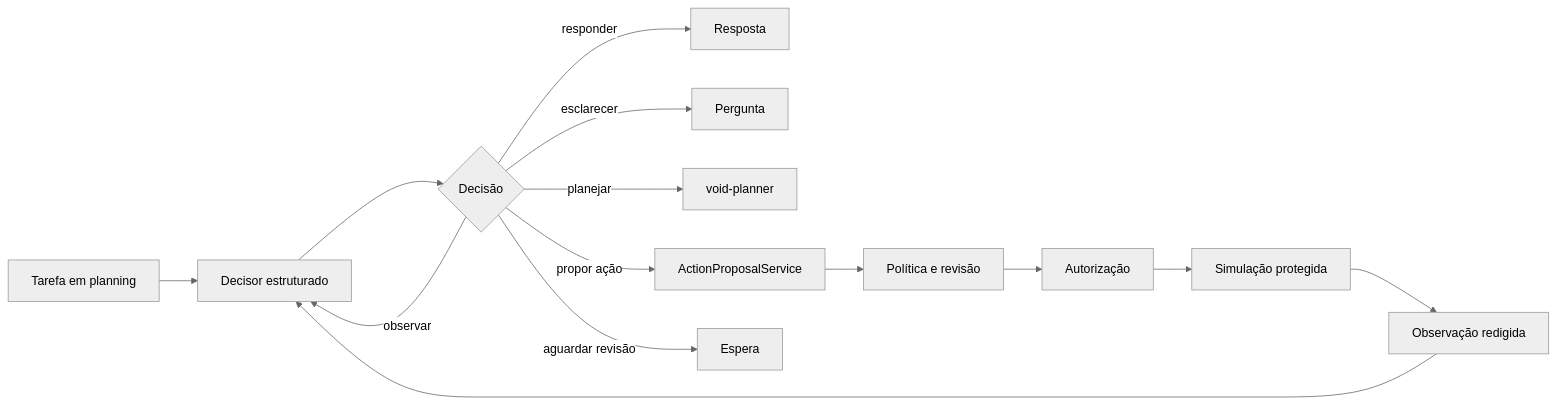
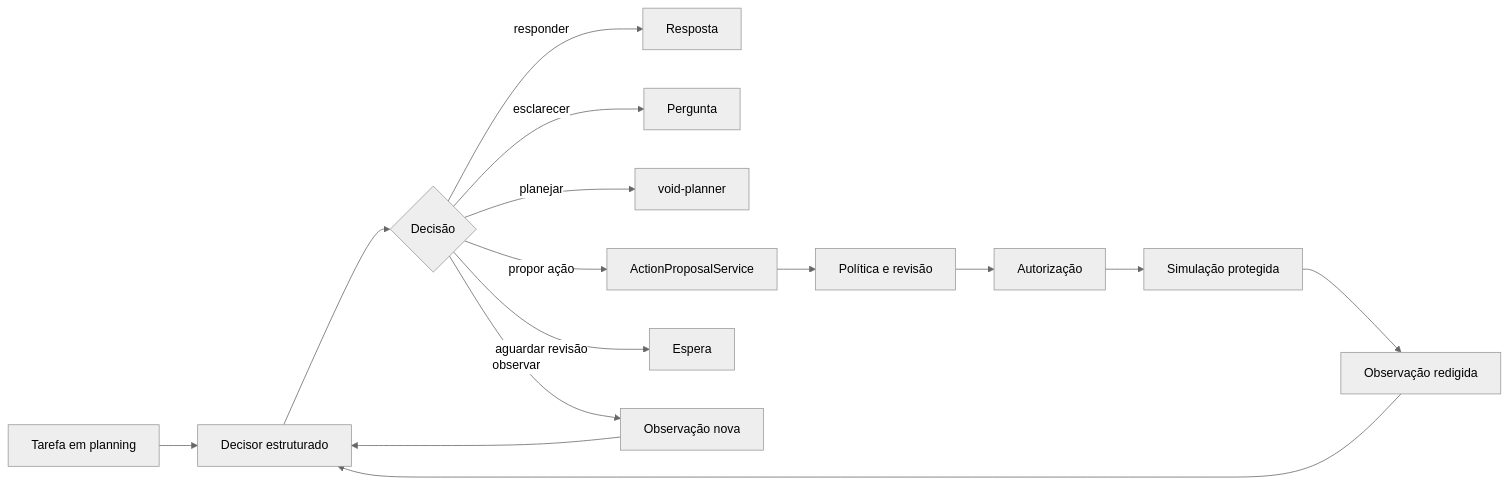
One commit to wandersonsaint014-hue/VOID-IA-public changed the diagram in docs/AGENT_LOOP.md. Above: the diagram before and after it, drawn with Mermaid (neutral theme). The commit also changed other lines of this file, not shown here.

````diff
--- a/docs/AGENT_LOOP.md
+++ b/docs/AGENT_LOOP.md
@@ -9,16 +9,17 @@
 ```mermaid
 flowchart LR
     A[Tarefa em planning] --> B[Decisor estruturado]
     B --> C{Decisão}
     C -->|responder| D[Resposta]
     C -->|esclarecer| E[Pergunta]
     C -->|planejar| F[void-planner]
     C -->|propor ação| G[ActionProposalService]
     C -->|aguardar revisão| H[Espera]
-    C -->|observar| B
+    C -->|observar| O[Observação nova]
+    O --> B
     G --> I[Política e revisão]
     I --> J[Autorização]
     J --> K[Simulação protegida]
     K --> L[Observação redigida]
     L --> B
 ```
````
